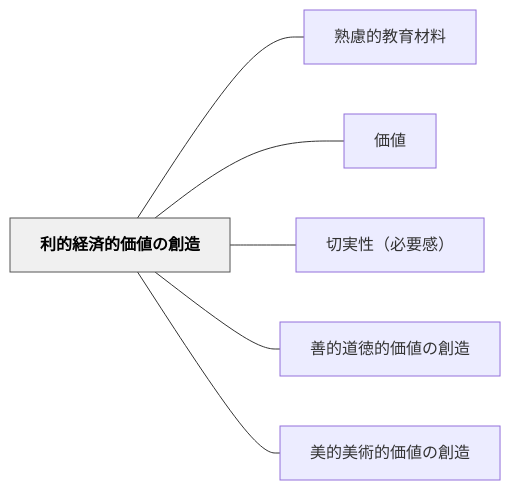
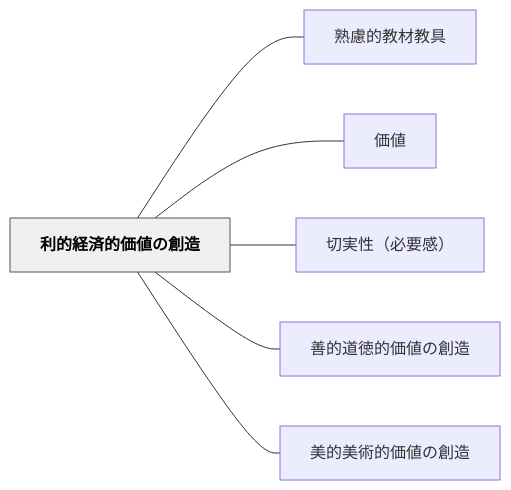
The diagram in content/パタン/利的経済的価値の創造.md (unknownthings-ed-patterns/unknownthings-ed-patterns), drawn with Mermaid before and after one commit. The commit also changed other lines of this file and 72 other files, not shown here.

````diff
--- a/content/パタン/利的経済的価値の創造.md
+++ b/content/パタン/利的経済的価値の創造.md
@@ -49,18 +49,18 @@
 ```mermaid
 flowchart LR
     ne588a9e79a84e7b58ce6b888e79a84e4bea1e580a4e381aee589b5e980a0["利的経済的価値の創造"]
-    ne7869fe685aee79a84e69599e882b2e69d90e69699["熟慮的教育材料"]
+    ne7869fe685aee79a84e69599e69d90e69599e585b7["熟慮的教材教具"]
     ne4bea1e580a4["価値"]
     ne58887e5ae9fe680a7efbc88e5bf85e8a681e6849fefbc89["切実性（必要感）"]
     ne59684e79a84e98193e5beb3e79a84e4bea1e580a4e381aee589b5e980a0["善的道徳的価値の創造"]
     ne7be8ee79a84e7be8ee8a193e79a84e4bea1e580a4e381aee589b5e980a0["美的美術的価値の創造"]
 
-    ne588a9e79a84e7b58ce6b888e79a84e4bea1e580a4e381aee589b5e980a0 --- ne7869fe685aee79a84e69599e882b2e69d90e69699
+    ne588a9e79a84e7b58ce6b888e79a84e4bea1e580a4e381aee589b5e980a0 --- ne7869fe685aee79a84e69599e69d90e69599e585b7
     ne588a9e79a84e7b58ce6b888e79a84e4bea1e580a4e381aee589b5e980a0 --- ne4bea1e580a4
     ne588a9e79a84e7b58ce6b888e79a84e4bea1e580a4e381aee589b5e980a0 --- ne58887e5ae9fe680a7efbc88e5bf85e8a681e6849fefbc89
     ne588a9e79a84e7b58ce6b888e79a84e4bea1e580a4e381aee589b5e980a0 --- ne59684e79a84e98193e5beb3e79a84e4bea1e580a4e381aee589b5e980a0
     ne588a9e79a84e7b58ce6b888e79a84e4bea1e580a4e381aee589b5e980a0 --- ne7be8ee79a84e7be8ee8a193e79a84e4bea1e580a4e381aee589b5e980a0
 
     classDef hub fill:#f0f0f0,stroke:#555,color:#000,font-weight:bold
     class ne588a9e79a84e7b58ce6b888e79a84e4bea1e580a4e381aee589b5e980a0 hub
 ```
````
